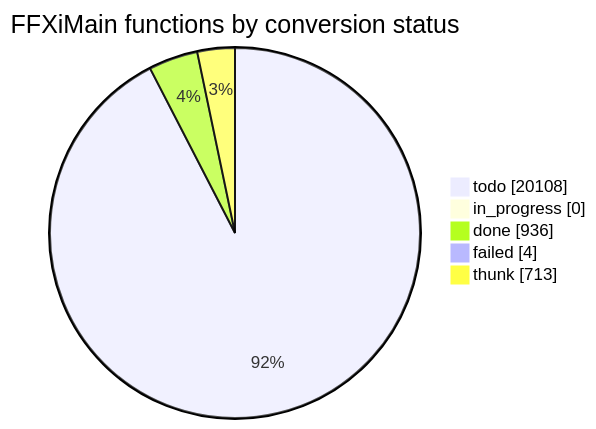
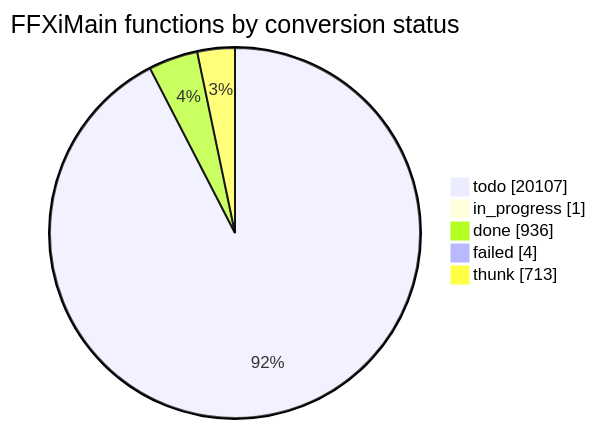
Before and after one commit to cowrevenge/cow_kuluu_xi_anything: the diagram in docs/cow/STATUS.md, drawn with Mermaid. The commit also changed other lines of this file and 7 other files, not shown here.

````diff
--- a/docs/cow/STATUS.md
+++ b/docs/cow/STATUS.md
@@ -18,9 +18,9 @@
 ```mermaid
 pie showData
     title FFXiMain functions by conversion status
-    "todo" : 20108
-    "in_progress" : 0
+    "todo" : 20107
+    "in_progress" : 1
     "done" : 936
     "failed" : 4
     "thunk" : 713
 ```
````
